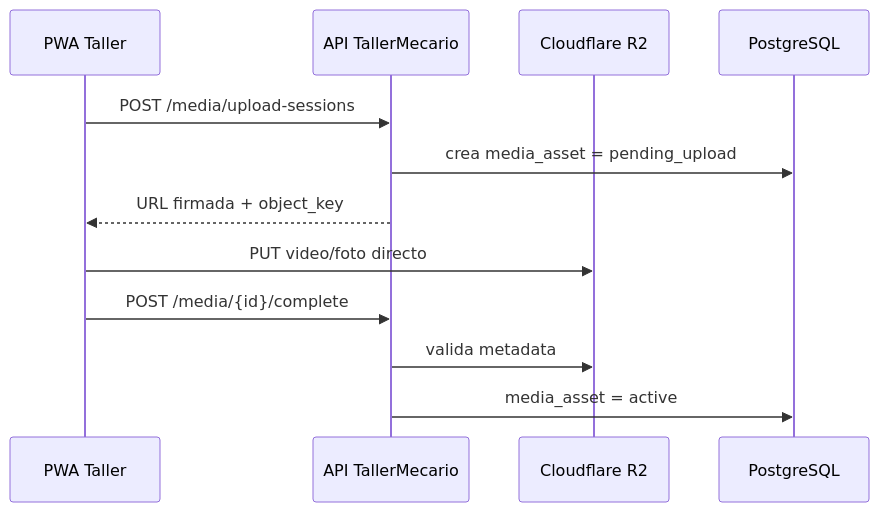
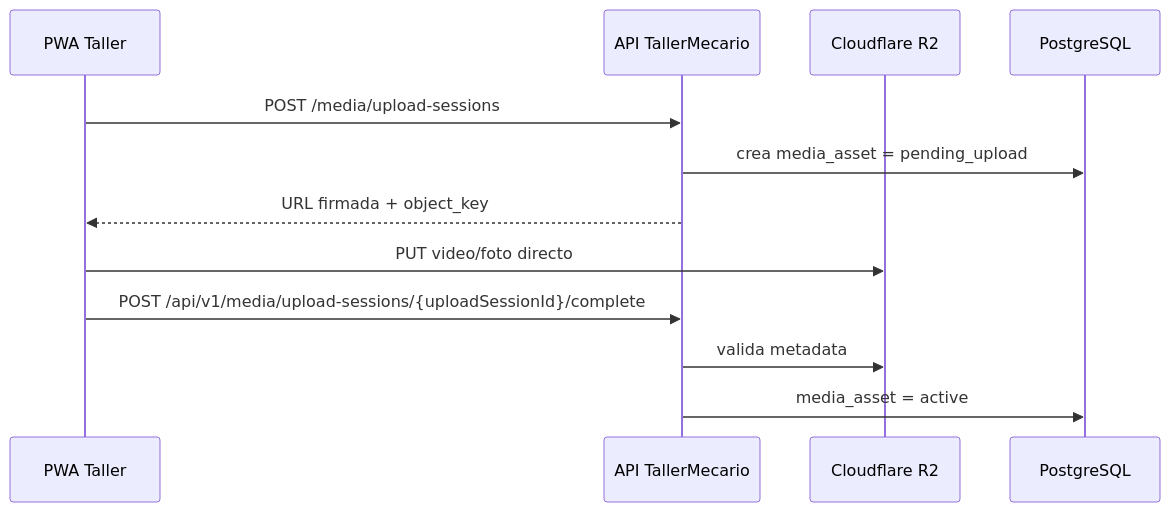
The fourth of 5 diagrams in docs/Proyecto Aplicaciones para Talleres Bogota/Arquitectura Técnica v1 — TallerMecario 3de6ab0a330d817ab78bcbd88c100e5a.md (IvanBy12/TallerMecarioB), drawn with Mermaid before and after one commit. The commit also changed other lines of this file and 4 other files, not shown here.

````diff
--- a/docs/Proyecto Aplicaciones para Talleres Bogota/Arquitectura Técnica v1 — TallerMecario 3de6ab0a330d817ab78bcbd88c100e5a.md
+++ b/docs/Proyecto Aplicaciones para Talleres Bogota/Arquitectura Técnica v1 — TallerMecario 3de6ab0a330d817ab78bcbd88c100e5a.md
@@ -244,15 +244,15 @@
 ```mermaid
 sequenceDiagram
     participant PWA as PWA Taller
     participant API as API TallerMecario
     participant R2 as Cloudflare R2
     participant DB as PostgreSQL
 
     PWA->>API: POST /media/upload-sessions
     API->>DB: crea media_asset = pending_upload
     API-->>PWA: URL firmada + object_key
     PWA->>R2: PUT video/foto directo
-    PWA->>API: POST /media/{id}/complete
+    PWA->>API: POST /api/v1/media/upload-sessions/{uploadSessionId}/complete
     API->>R2: valida metadata
     API->>DB: media_asset = active
 ```
````
